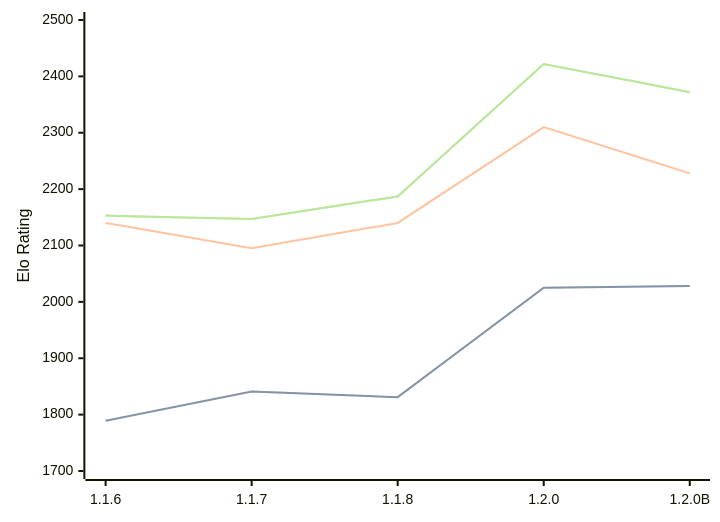
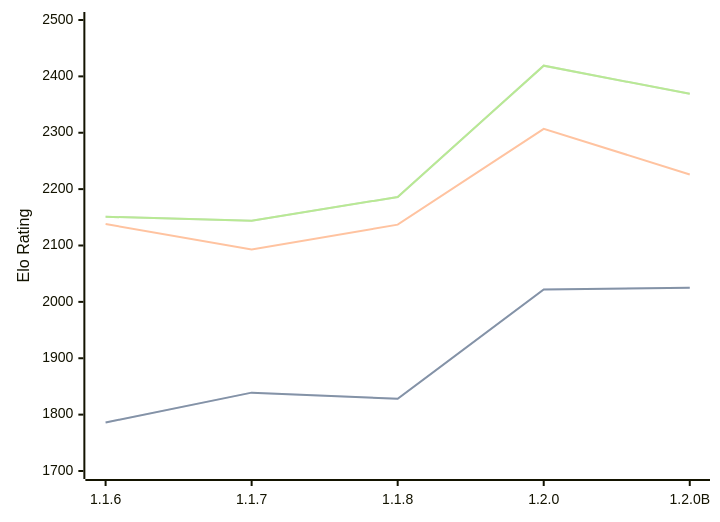
One commit to computer-chess-index/cci changed the diagram in engines/Soomi.md. Above: the diagram before and after it, drawn with Mermaid. The commit also changed other lines of this file, not shown here.

Commit message:
Update CCI Ratings (ELO VLTC) - 2026-06-08

````diff
--- a/engines/Soomi.md
+++ b/engines/Soomi.md
@@ -35,11 +35,11 @@
 ```mermaid
 %%{init: {"theme":"base","themeVariables":{"seriesColors:['#a3a3a3','#222221','#faa371']}}}%%
 xychart-beta
   x-axis ["1.1.6", "1.1.7", "1.1.8", "1.2.0", "1.2.0B"]
   y-axis "Elo Rating" 1700 --> 2500
-  line "STC (8.0+0.08s)" [1789, 1841, 1831, 2025, 2028]
-  line "STC (8.0+0.08s)" [1789, 1841, 1831, 2025, 2028]
-  line "LTC (60.0+0.60s)" [2140, 2095, 2140, 2310, 2228]
-  line "VLTC (2m24s+1.12s)" [2153, 2147, 2187, 2422, 2372]
-  line "VLTC (2m24s+1.12s)" [2153, 2147, 2187, 2422, 2372]
+  line "STC (8.0+0.08s)" [1786, 1839, 1828, 2022, 2025]
+  line "STC (8.0+0.08s)" [1786, 1839, 1828, 2022, 2025]
+  line "LTC (60.0+0.60s)" [2138, 2093, 2137, 2307, 2226]
+  line "VLTC (2m24s+1.12s)" [2151, 2144, 2186, 2419, 2369]
+  line "VLTC (2m24s+1.12s)" [2151, 2144, 2186, 2419, 2369]
 ```
````
